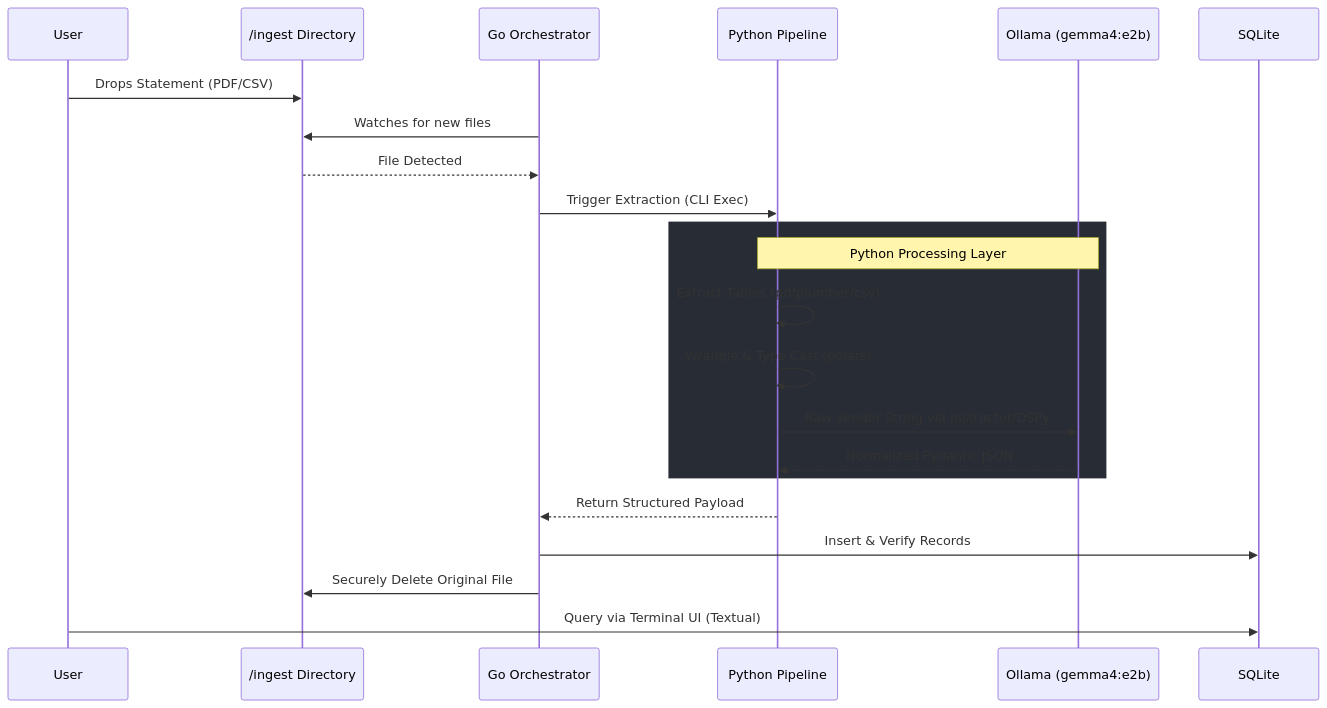
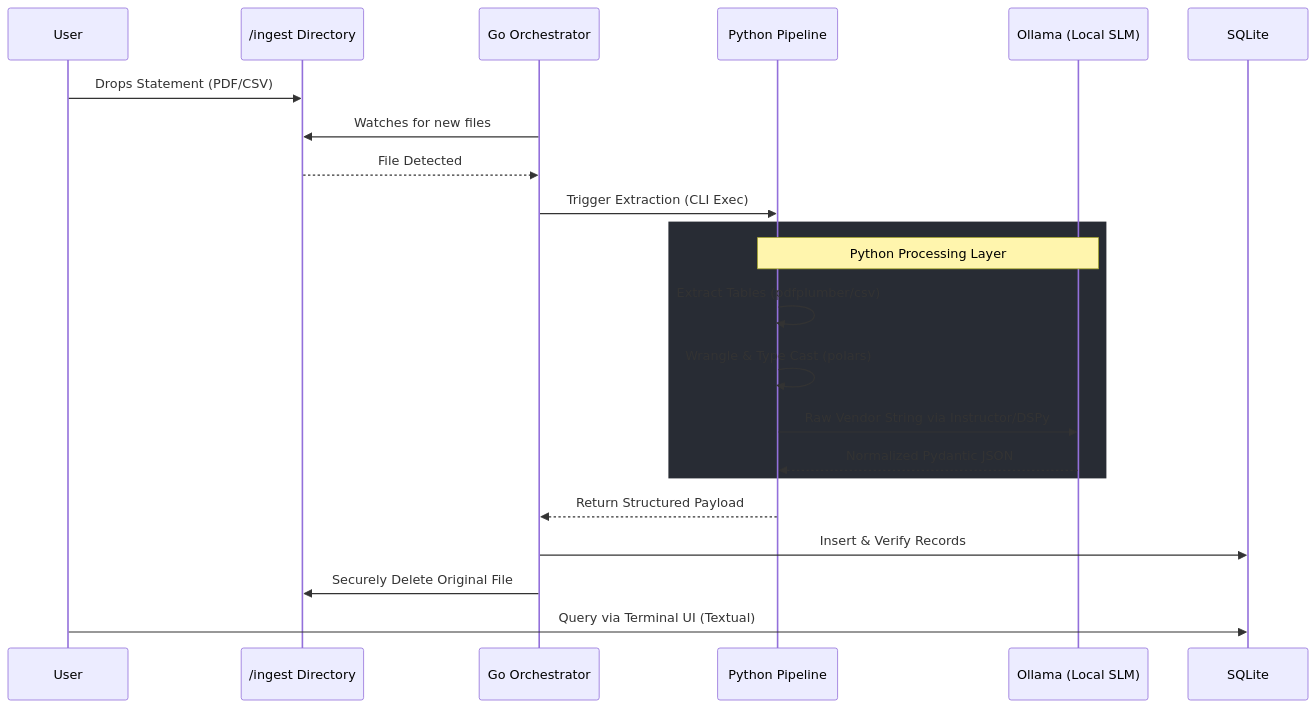
One commit to codeja3/SpendSight changed the diagram in README.md. Above: the diagram before and after it, drawn with Mermaid. The commit also changed other lines of this file and 1 other file, not shown here.

````diff
--- a/README.md
+++ b/README.md
@@ -15,28 +15,28 @@
 ```mermaid
 sequenceDiagram
     participant U as User
     participant Dir as /ingest Directory
     participant Go as Go Orchestrator
     participant Py as Python Pipeline
-    participant LLM as Ollama (gemma4:e2b)
+    participant LLM as Ollama (Local SLM)
     participant DB as SQLite
 
     U->>Dir: Drops Statement (PDF/CSV)
     Go->>Dir: Watches for new files
     Dir-->>Go: File Detected
     Go->>Py: Trigger Extraction (CLI Exec)
     
     rect rgb(40, 44, 52)
         Note over Py,LLM: Python Processing Layer
         Py->>Py: Extract Tables (pdfplumber/csv)
         Py->>Py: Wrangle & Type Cast (polars)
         Py->>LLM: Raw Vendor String via Instructor/DSPy
         LLM-->>Py: Normalized Pydantic JSON
     end
     
     Py-->>Go: Return Structured Payload
     Go->>DB: Insert & Verify Records
     Go->>Dir: Securely Delete Original File
     
     U->>DB: Query via Terminal UI (Textual)
 ```
````
